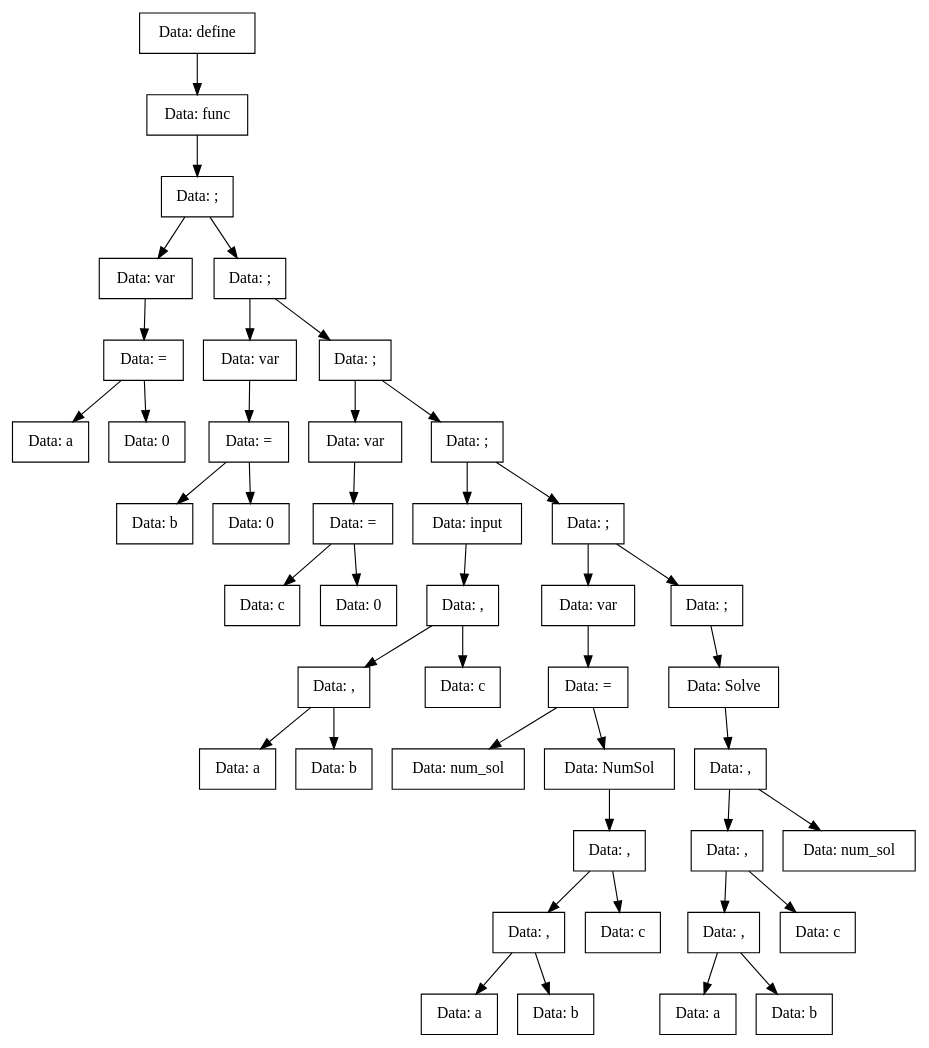
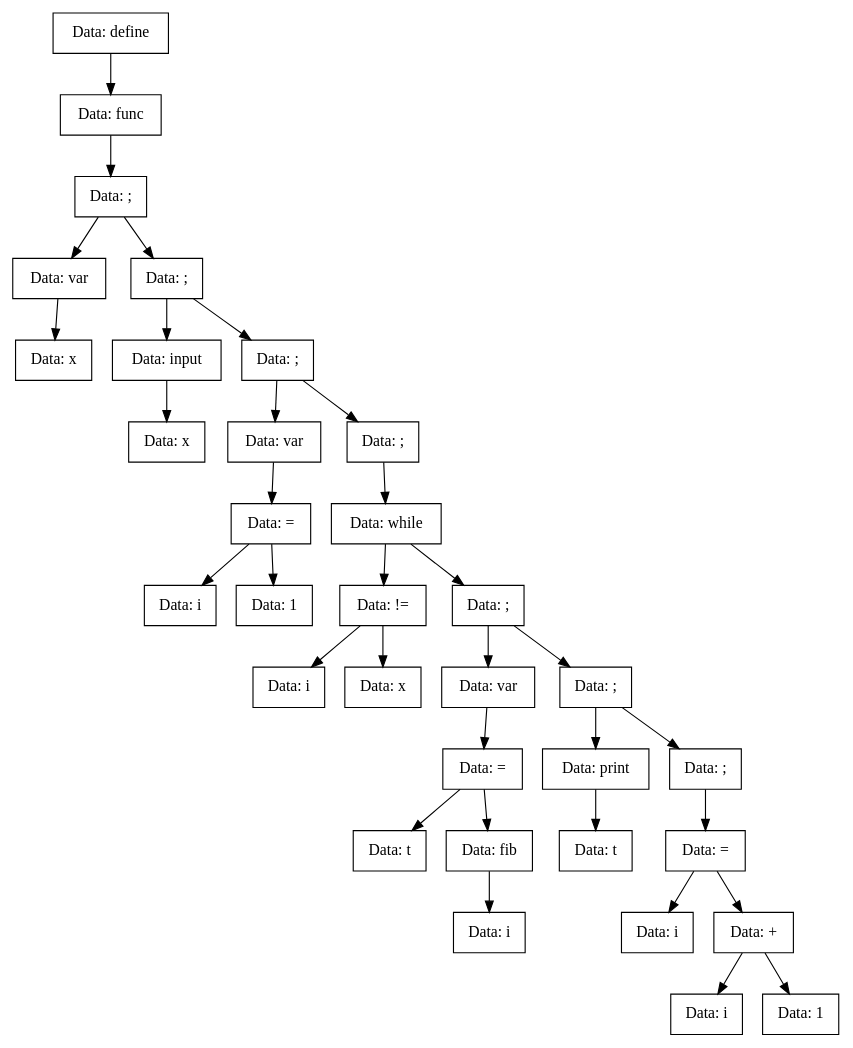
One commit to vorontsov-amd/Compiller changed the diagram in TreeDump/func-utf8.dot. Above: the diagram before and after it, drawn with Graphviz. The commit also changed 32 other files, not shown here.

```diff
--- a/TreeDump/func-utf8.dot
+++ b/TreeDump/func-utf8.dot
@@ -1,87 +1,67 @@
 digraph func{
-Node0x560ac7d806a0[shape="record", label="Data: define"];
-Node0x560ac7d80740[shape="record", label="Data: func"];
-Node0x560ac7d806f0[shape="record", label="Data: ;"];
-Node0x560ac7d804c0[shape="record", label="Data: var"];
-Node0x560ac7d80510[shape="record", label="Data: ="];
-Node0x560ac7d805b0[shape="record", label="Data: a"];
-Node0x560ac7d80510->Node0x560ac7d805b0;
-Node0x560ac7d80560[shape="record", label="Data: 0"];
-Node0x560ac7d80510->Node0x560ac7d80560;
-Node0x560ac7d804c0->Node0x560ac7d80510;
-Node0x560ac7d806f0->Node0x560ac7d804c0;
-Node0x560ac7d803d0[shape="record", label="Data: ;"];
-Node0x560ac7d80e70[shape="record", label="Data: var"];
-Node0x560ac7d80b50[shape="record", label="Data: ="];
-Node0x560ac7d80920[shape="record", label="Data: b"];
-Node0x560ac7d80b50->Node0x560ac7d80920;
-Node0x560ac7d80790[shape="record", label="Data: 0"];
-Node0x560ac7d80b50->Node0x560ac7d80790;
-Node0x560ac7d80e70->Node0x560ac7d80b50;
-Node0x560ac7d803d0->Node0x560ac7d80e70;
-Node0x560ac7d80600[shape="record", label="Data: ;"];
-Node0x560ac7d80470[shape="record", label="Data: var"];
-Node0x560ac7d80420[shape="record", label="Data: ="];
-Node0x560ac7d80ec0[shape="record", label="Data: c"];
-Node0x560ac7d80420->Node0x560ac7d80ec0;
-Node0x560ac7d81000[shape="record", label="Data: 0"];
-Node0x560ac7d80420->Node0x560ac7d81000;
-Node0x560ac7d80470->Node0x560ac7d80420;
-Node0x560ac7d80600->Node0x560ac7d80470;
-Node0x560ac7d81050[shape="record", label="Data: ;"];
-Node0x560ac7d80fb0[shape="record", label="Data: input"];
-Node0x560ac7d810a0[shape="record", label="Data: ,"];
-Node0x560ac7d80f60[shape="record", label="Data: ,"];
-Node0x560ac7d810f0[shape="record", label="Data: a"];
-Node0x560ac7d80f60->Node0x560ac7d810f0;
-Node0x560ac7d80f10[shape="record", label="Data: b"];
-Node0x560ac7d80f60->Node0x560ac7d80f10;
-Node0x560ac7d810a0->Node0x560ac7d80f60;
-Node0x560ac7d80ba0[shape="record", label="Data: c"];
-Node0x560ac7d810a0->Node0x560ac7d80ba0;
-Node0x560ac7d80fb0->Node0x560ac7d810a0;
-Node0x560ac7d81050->Node0x560ac7d80fb0;
-Node0x560ac7d80d80[shape="record", label="Data: ;"];
-Node0x560ac7d80dd0[shape="record", label="Data: var"];
-Node0x560ac7d80d30[shape="record", label="Data: ="];
-Node0x560ac7d80e20[shape="record", label="Data: num_sol"];
-Node0x560ac7d80d30->Node0x560ac7d80e20;
-Node0x560ac7d80ce0[shape="record", label="Data: NumSol"];
-Node0x560ac7d80c90[shape="record", label="Data: ,"];
-Node0x560ac7d80bf0[shape="record", label="Data: ,"];
-Node0x560ac7d80c40[shape="record", label="Data: a"];
-Node0x560ac7d80bf0->Node0x560ac7d80c40;
-Node0x560ac7d807e0[shape="record", label="Data: b"];
-Node0x560ac7d80bf0->Node0x560ac7d807e0;
-Node0x560ac7d80c90->Node0x560ac7d80bf0;
-Node0x560ac7d80a60[shape="record", label="Data: c"];
-Node0x560ac7d80c90->Node0x560ac7d80a60;
-Node0x560ac7d80ce0->Node0x560ac7d80c90;
-Node0x560ac7d80d30->Node0x560ac7d80ce0;
-Node0x560ac7d80dd0->Node0x560ac7d80d30;
-Node0x560ac7d80d80->Node0x560ac7d80dd0;
-Node0x560ac7d80ab0[shape="record", label="Data: ;"];
-Node0x560ac7d80a10[shape="record", label="Data: Solve"];
-Node0x560ac7d80b00[shape="record", label="Data: ,"];
-Node0x560ac7d809c0[shape="record", label="Data: ,"];
-Node0x560ac7d80970[shape="record", label="Data: ,"];
-Node0x560ac7d80830[shape="record", label="Data: a"];
-Node0x560ac7d80970->Node0x560ac7d80830;
-Node0x560ac7d80650[shape="record", label="Data: b"];
-Node0x560ac7d80970->Node0x560ac7d80650;
-Node0x560ac7d809c0->Node0x560ac7d80970;
-Node0x560ac7d80880[shape="record", label="Data: c"];
-Node0x560ac7d809c0->Node0x560ac7d80880;
-Node0x560ac7d80b00->Node0x560ac7d809c0;
-Node0x560ac7d808d0[shape="record", label="Data: num_sol"];
-Node0x560ac7d80b00->Node0x560ac7d808d0;
-Node0x560ac7d80a10->Node0x560ac7d80b00;
-Node0x560ac7d80ab0->Node0x560ac7d80a10;
-Node0x560ac7d80d80->Node0x560ac7d80ab0;
-Node0x560ac7d81050->Node0x560ac7d80d80;
-Node0x560ac7d80600->Node0x560ac7d81050;
-Node0x560ac7d803d0->Node0x560ac7d80600;
-Node0x560ac7d806f0->Node0x560ac7d803d0;
-Node0x560ac7d80740->Node0x560ac7d806f0;
-Node0x560ac7d806a0->Node0x560ac7d80740;
+Node0x5589e8cf5050[shape="record", label="Data: define"];
+Node0x5589e8cf50f0[shape="record", label="Data: func"];
+Node0x5589e8cf50a0[shape="record", label="Data: ;"];
+Node0x5589e8cf4f10[shape="record", label="Data: var"];
+Node0x5589e8cf4f60[shape="record", label="Data: x"];
+Node0x5589e8cf4f10->Node0x5589e8cf4f60;
+Node0x5589e8cf50a0->Node0x5589e8cf4f10;
+Node0x5589e8cf4e20[shape="record", label="Data: ;"];
+Node0x5589e8cf4e70[shape="record", label="Data: input"];
+Node0x5589e8cf4d30[shape="record", label="Data: x"];
+Node0x5589e8cf4e70->Node0x5589e8cf4d30;
+Node0x5589e8cf4e20->Node0x5589e8cf4e70;
+Node0x5589e8cf52d0[shape="record", label="Data: ;"];
+Node0x5589e8cf5190[shape="record", label="Data: var"];
+Node0x5589e8cf5140[shape="record", label="Data: ="];
+Node0x5589e8cf4fb0[shape="record", label="Data: i"];
+Node0x5589e8cf5140->Node0x5589e8cf4fb0;
+Node0x5589e8cf4ec0[shape="record", label="Data: 1"];
+Node0x5589e8cf5140->Node0x5589e8cf4ec0;
+Node0x5589e8cf5190->Node0x5589e8cf5140;
+Node0x5589e8cf52d0->Node0x5589e8cf5190;
+Node0x5589e8cf4dd0[shape="record", label="Data: ;"];
+Node0x5589e8cf4d80[shape="record", label="Data: while"];
+Node0x5589e8cf54b0[shape="record", label="Data: !="];
+Node0x5589e8cf5500[shape="record", label="Data: i"];
+Node0x5589e8cf54b0->Node0x5589e8cf5500;
+Node0x5589e8cf5640[shape="record", label="Data: x"];
+Node0x5589e8cf54b0->Node0x5589e8cf5640;
+Node0x5589e8cf4d80->Node0x5589e8cf54b0;
+Node0x5589e8cf56e0[shape="record", label="Data: ;"];
+Node0x5589e8cf5730[shape="record", label="Data: var"];
+Node0x5589e8cf5690[shape="record", label="Data: ="];
+Node0x5589e8cf55f0[shape="record", label="Data: t"];
+Node0x5589e8cf5690->Node0x5589e8cf55f0;
+Node0x5589e8cf55a0[shape="record", label="Data: fib"];
+Node0x5589e8cf5550[shape="record", label="Data: i"];
+Node0x5589e8cf55a0->Node0x5589e8cf5550;
+Node0x5589e8cf5690->Node0x5589e8cf55a0;
+Node0x5589e8cf5730->Node0x5589e8cf5690;
+Node0x5589e8cf56e0->Node0x5589e8cf5730;
+Node0x5589e8cf5280[shape="record", label="Data: ;"];
+Node0x5589e8cf51e0[shape="record", label="Data: print"];
+Node0x5589e8cf53c0[shape="record", label="Data: t"];
+Node0x5589e8cf51e0->Node0x5589e8cf53c0;
+Node0x5589e8cf5280->Node0x5589e8cf51e0;
+Node0x5589e8cf5460[shape="record", label="Data: ;"];
+Node0x5589e8cf5410[shape="record", label="Data: ="];
+Node0x5589e8cf5370[shape="record", label="Data: i"];
+Node0x5589e8cf5410->Node0x5589e8cf5370;
+Node0x5589e8cf5320[shape="record", label="Data: +"];
+Node0x5589e8cf5230[shape="record", label="Data: i"];
+Node0x5589e8cf5320->Node0x5589e8cf5230;
+Node0x5589e8cf5000[shape="record", label="Data: 1"];
+Node0x5589e8cf5320->Node0x5589e8cf5000;
+Node0x5589e8cf5410->Node0x5589e8cf5320;
+Node0x5589e8cf5460->Node0x5589e8cf5410;
+Node0x5589e8cf5280->Node0x5589e8cf5460;
+Node0x5589e8cf56e0->Node0x5589e8cf5280;
+Node0x5589e8cf4d80->Node0x5589e8cf56e0;
+Node0x5589e8cf4dd0->Node0x5589e8cf4d80;
+Node0x5589e8cf52d0->Node0x5589e8cf4dd0;
+Node0x5589e8cf4e20->Node0x5589e8cf52d0;
+Node0x5589e8cf50a0->Node0x5589e8cf4e20;
+Node0x5589e8cf50f0->Node0x5589e8cf50a0;
+Node0x5589e8cf5050->Node0x5589e8cf50f0;
 }
```
